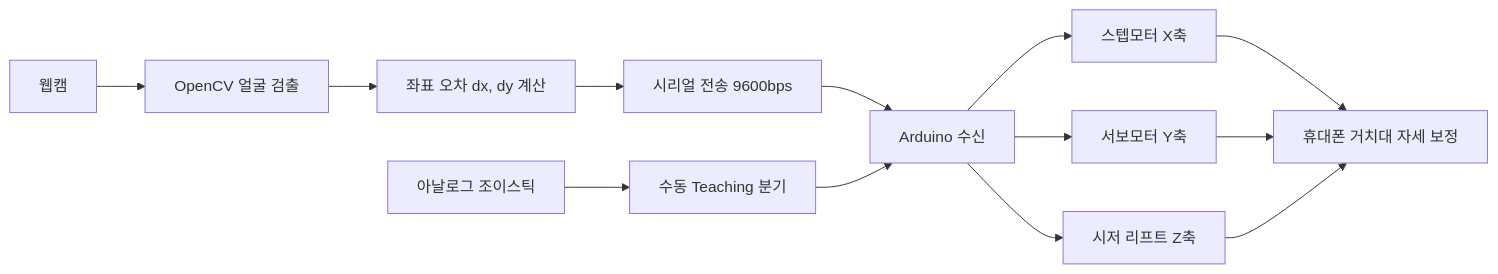
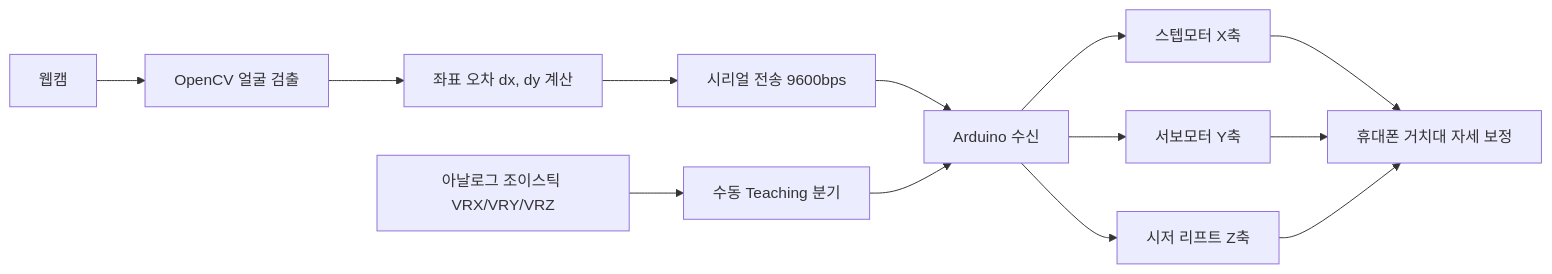
The diagram in README.md (jaeni01/face-tracking-phone-holder), drawn with Mermaid before and after one commit. The commit also changed other lines of this file, not shown here.

````diff
--- a/README.md
+++ b/README.md
@@ -45,15 +45,15 @@
 ```mermaid
 flowchart LR
   CAM["웹캠"] --> CV["OpenCV 얼굴 검출"]
   CV --> ERR["좌표 오차 dx, dy 계산"]
   ERR --> SER["시리얼 전송 9600bps"]
   SER --> MCU["Arduino 수신"]
-  JOY["아날로그 조이스틱"] --> TEACH["수동 Teaching 분기"]
+  JOY["아날로그 조이스틱 VRX/VRY/VRZ"] --> TEACH["수동 Teaching 분기"]
   TEACH --> MCU
   MCU --> SX["스텝모터 X축"]
   MCU --> SY["서보모터 Y축"]
   MCU --> SZ["시저 리프트 Z축"]
   SX --> HOLD["휴대폰 거치대 자세 보정"]
   SY --> HOLD
   SZ --> HOLD
 ```
````
